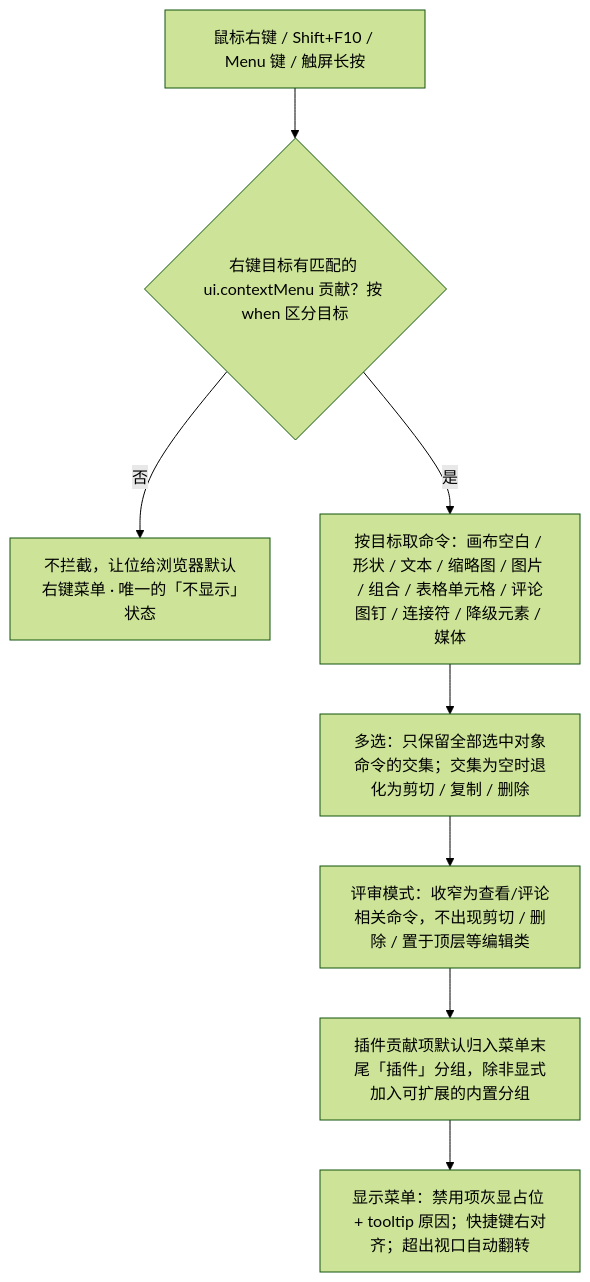
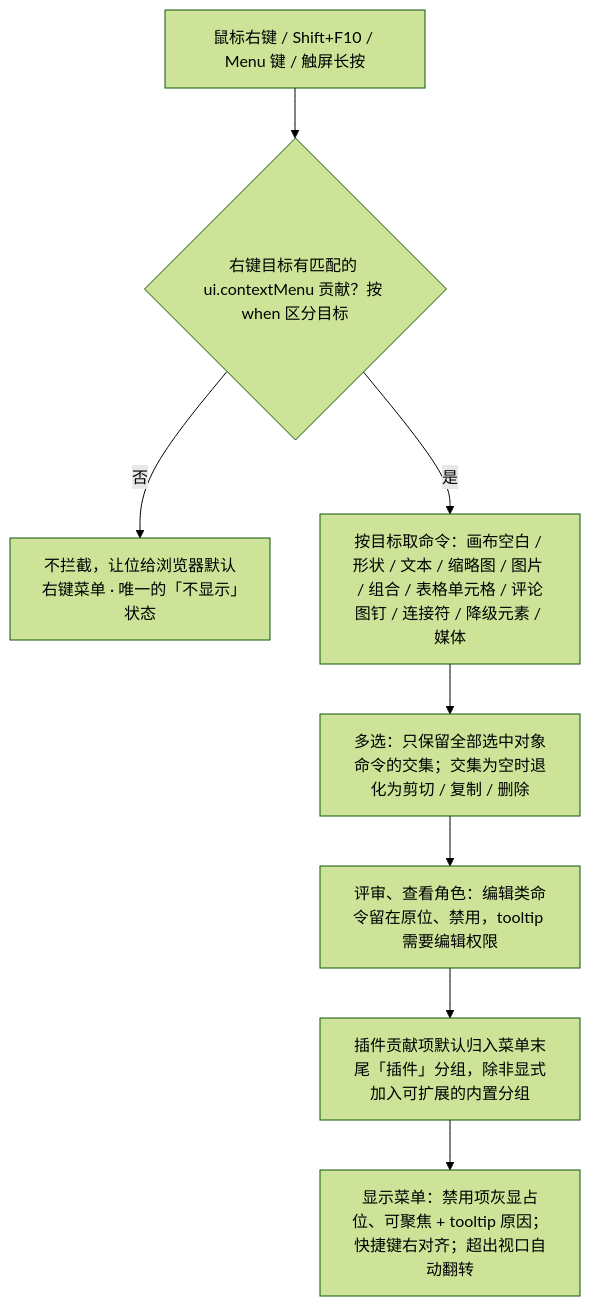
Before and after one commit to Xeonice/cordis-ppt-editor: the diagram in docs/20-design/03-screens/05-context-menu.md, drawn with Mermaid (forest theme). The commit also changed other lines of this file and 42 other files, not shown here.

First line of the commit message:
docs(design): 表格与图表编辑、占位符图标条、日期格式选择器样张与设计稿

````diff
--- a/docs/20-design/03-screens/05-context-menu.md
+++ b/docs/20-design/03-screens/05-context-menu.md
@@ -109,14 +109,14 @@
 ```mermaid
 flowchart TB
   trig["鼠标右键 / Shift+F10 / Menu 键 / 触屏长按"]
   match{"右键目标有匹配的 ui.contextMenu 贡献？按 when 区分目标"}
   native["不拦截，让位给浏览器默认右键菜单 · 唯一的「不显示」状态"]
   base["按目标取命令：画布空白 / 形状 / 文本 / 缩略图 / 图片 / 组合 / 表格单元格 / 评论图钉 / 连接符 / 降级元素 / 媒体"]
   inter["多选：只保留全部选中对象命令的交集；交集为空时退化为剪切 / 复制 / 删除"]
-  ro["评审模式：收窄为查看/评论相关命令，不出现剪切 / 删除 / 置于顶层等编辑类"]
+  ro["评审、查看角色：编辑类命令留在原位、禁用，tooltip 需要编辑权限"]
   plug["插件贡献项默认归入菜单末尾「插件」分组，除非显式加入可扩展的内置分组"]
-  show["显示菜单：禁用项灰显占位 + tooltip 原因；快捷键右对齐；超出视口自动翻转"]
+  show["显示菜单：禁用项灰显占位、可聚焦 + tooltip 原因；快捷键右对齐；超出视口自动翻转"]
   trig --> match
   match -->|"否"| native
   match -->|"是"| base --> inter --> ro --> plug --> show
 ```
````
